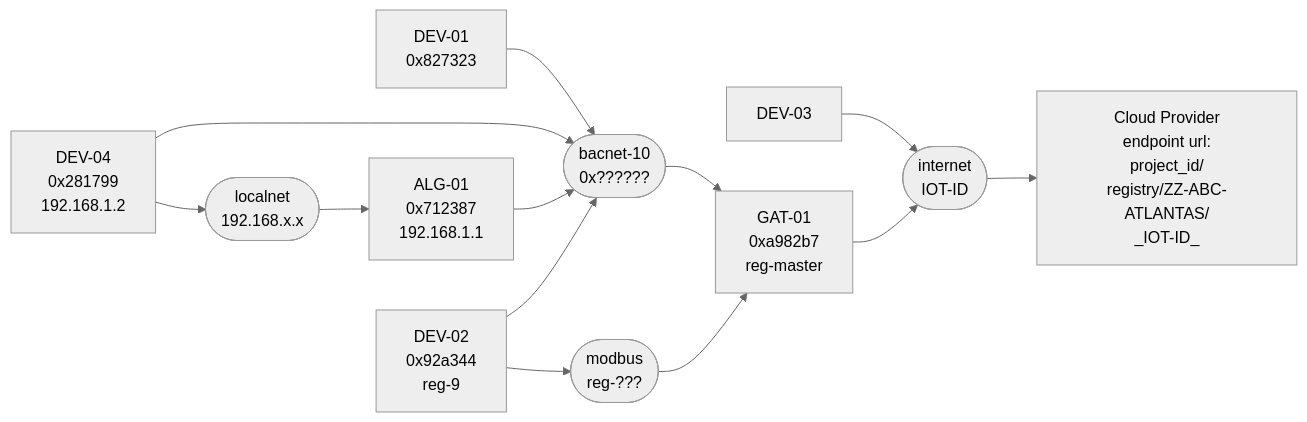
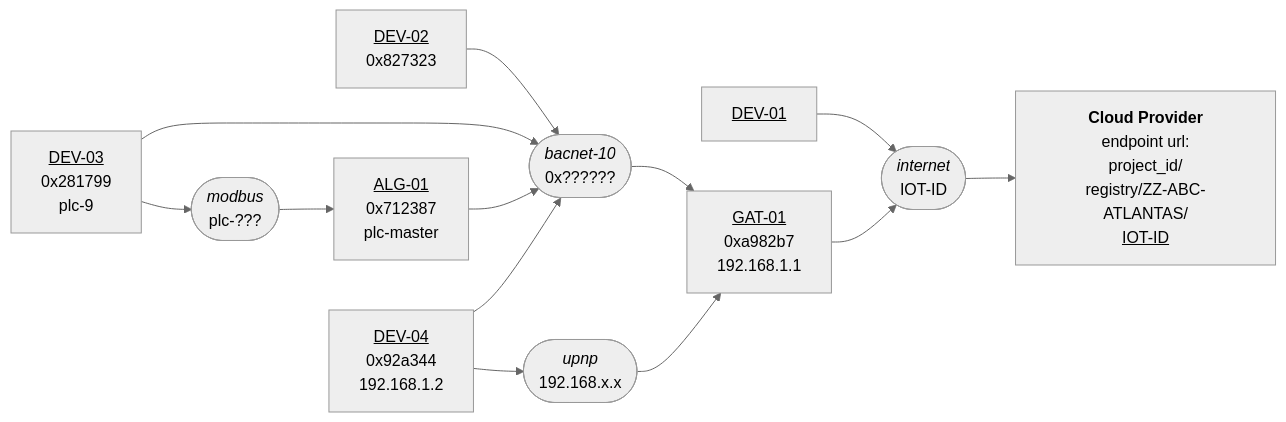
One commit to faucetsdn/udmi changed the diagram in docs/specs/topology.md. Above: the diagram before and after it, drawn with Mermaid (neutral theme). The commit also changed other lines of this file, not shown here.

Commit message:
Cleanup topology

````diff
--- a/docs/specs/topology.md
+++ b/docs/specs/topology.md
@@ -30,27 +30,27 @@
 ```mermaid
 %%{wrap}%%
 flowchart LR
-  D1[DEV-01<br/>0x827323]
-  D3[DEV-03]
-  LG[ALG-01<br/>0x712387<br/>192.168.1.1]
-  D4[DEV-04<br/>0x281799<br/>192.168.1.2]
-  D2[DEV-02<br/>0x92a344<br/>reg-9]
-  IG[GAT-01<br/>0xa982b7<br/>reg-master]
-  BN([bacnet-10<br/>0x??????])
-  MB([modbus<br/>reg-???])
-  IP([localnet<br/>192.168.x.x])
-  IN([internet<br/>IOT-ID])
-  CP[Cloud Provider<br/>endpoint url:<br/>project_id/<br/>registry/ZZ-ABC-ATLANTAS/<br/>_IOT-ID_]
-  D1 --> BN
+  D2[<u>DEV-02</u><br/>0x827323]
+  D1[<u>DEV-01</u>]
+  LG[<u>ALG-01</u><br/>0x712387<br/>plc-master]
+  D3[<u>DEV-03</u><br/>0x281799<br/>plc-9]
+  D4[<u>DEV-04</u><br/>0x92a344<br/>192.168.1.2]
+  IG[<u>GAT-01</u><br/>0xa982b7<br/>192.168.1.1]
+  BN([<i>bacnet-10</i><br/>0x??????])
+  MB([<i>modbus</i><br/>plc-???])
+  IP([<i>upnp</i><br/>192.168.x.x])
+  IN([<i>internet</i><br/>IOT-ID])
+  CP[<b>Cloud Provider</b><br/>endpoint url:<br/>project_id/<br/>registry/ZZ-ABC-ATLANTAS/<br/><u>IOT-ID</u>]
+  D2 --> BN
+  D3 --> BN
+  LG --> BN
   D4 --> BN
-  LG --> BN
-  D2 --> BN
-  D2 --> MB
-  D3 --> IN
   D4 --> IP
+  D1 --> IN
+  D3 --> MB
   IG --> IN
   BN --> IG
-  MB --> IG
+  IP --> IG
   IN --> CP
-  IP --> LG
+  MB --> LG
 ```
````
